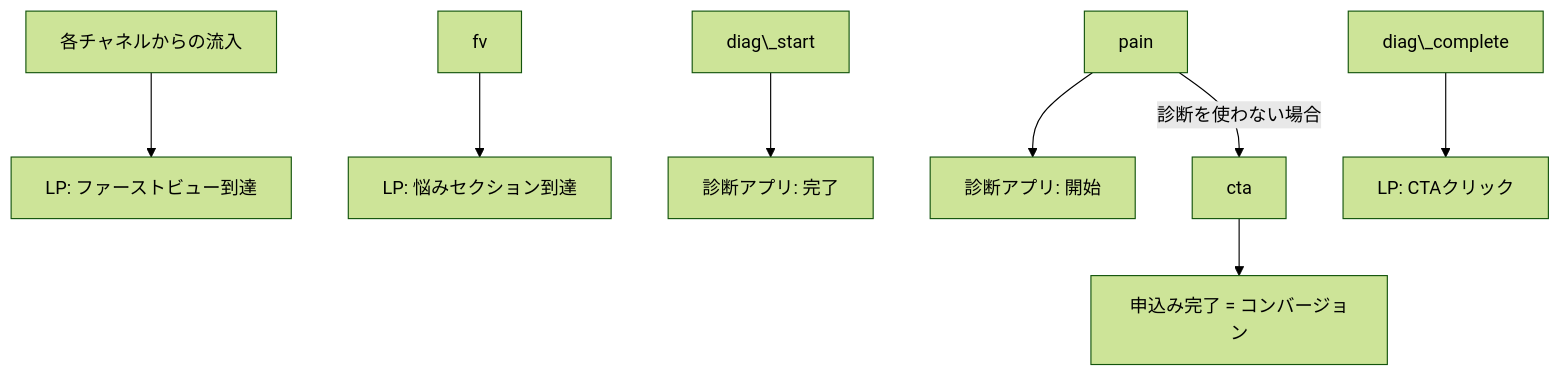
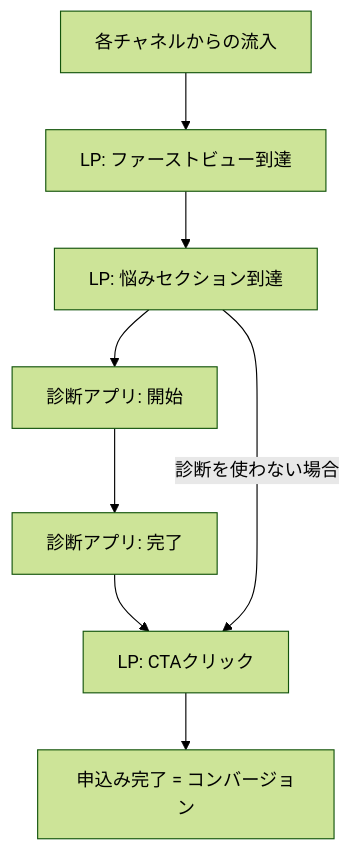
One commit to Ai-Dev-Stack/d2c-lp-project changed the diagram in analysis/analysis-design.md. Above: the diagram before and after it, drawn with Mermaid (forest theme). The commit also changed other lines of this file and 2 other files, not shown here.

````diff
--- a/analysis/analysis-design.md
+++ b/analysis/analysis-design.md
@@ -15,10 +17,10 @@
 ```mermaid
 flowchart TD
-    ad\[各チャネルからの流入] --> fv\[LP: ファーストビュー到達]
-    fv --> pain\[LP: 悩みセクション到達]
-    pain --> diag\_start\[診断アプリ: 開始]
-    diag\_start --> diag\_complete\[診断アプリ: 完了]
-    diag\_complete --> cta\[LP: CTAクリック]
+    ad[各チャネルからの流入] --> fv[LP: ファーストビュー到達]
+    fv --> pain[LP: 悩みセクション到達]
+    pain --> diag_start[診断アプリ: 開始]
+    diag_start --> diag_complete[診断アプリ: 完了]
+    diag_complete --> cta[LP: CTAクリック]
     pain -->|診断を使わない場合| cta
-    cta --> cv\[申込み完了 = コンバージョン]
+    cta --> cv[申込み完了 = コンバージョン]
 ```
````
